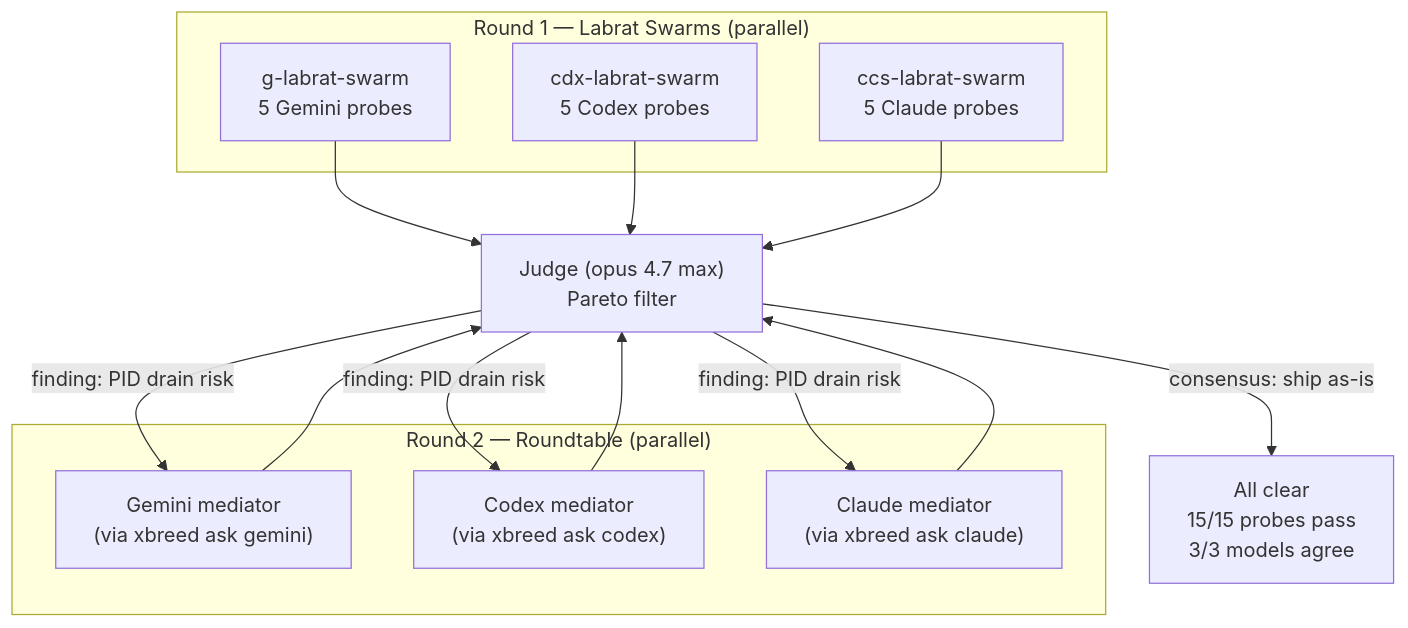
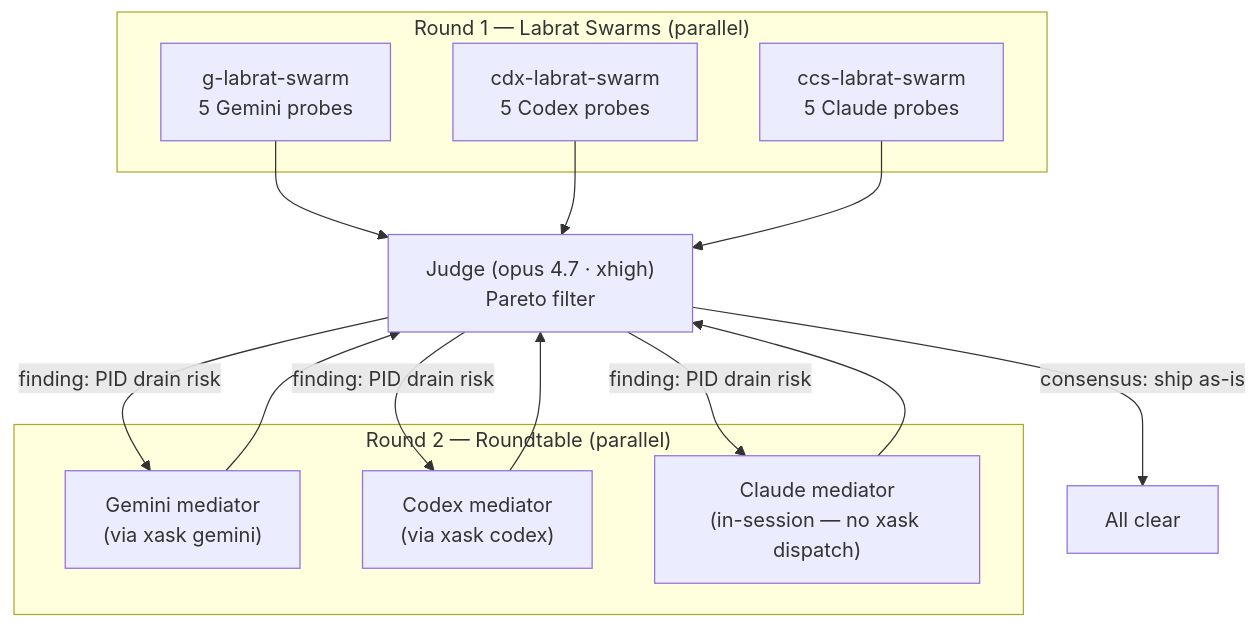
Before and after one commit to VeigaPunk/xbrd-gdsp-fknpft: the diagram in docs/swarm-test-flow.md, drawn with Mermaid. The commit also changed other lines of this file and 2 other files, not shown here.

````diff
--- a/docs/swarm-test-flow.md
+++ b/docs/swarm-test-flow.md
@@ -8,23 +8,23 @@
 ```mermaid
 flowchart TD
     subgraph "Round 1 — Labrat Swarms (parallel)"
         G["g-labrat-swarm\n5 Gemini probes"]
         X["cdx-labrat-swarm\n5 Codex probes"]
         C["ccs-labrat-swarm\n5 Claude probes"]
     end
 
     subgraph "Round 2 — Roundtable (parallel)"
-        GR["Gemini mediator\n(via xbreed ask gemini)"]
-        XR["Codex mediator\n(via xbreed ask codex)"]
-        CR["Claude mediator\n(via xbreed ask claude)"]
+        GR["Gemini mediator\n(via xask gemini)"]
+        XR["Codex mediator\n(via xask codex)"]
+        CR["Claude mediator\n(in-session — no xask dispatch)"]
     end
 
-    Judge["Judge (opus 4.7 max)\nPareto filter"]
+    Judge["Judge (opus 4.7 · xhigh)\nPareto filter"]
 
     G --> Judge
     X --> Judge
     C --> Judge
     Judge -->|finding: PID drain risk| GR & XR & CR
     GR & XR & CR --> Judge
-    Judge -->|consensus: ship as-is| Done["All clear\n15/15 probes pass\n3/3 models agree"]
+    Judge -->|consensus: ship as-is| Done["All clear"]
 ```
````
